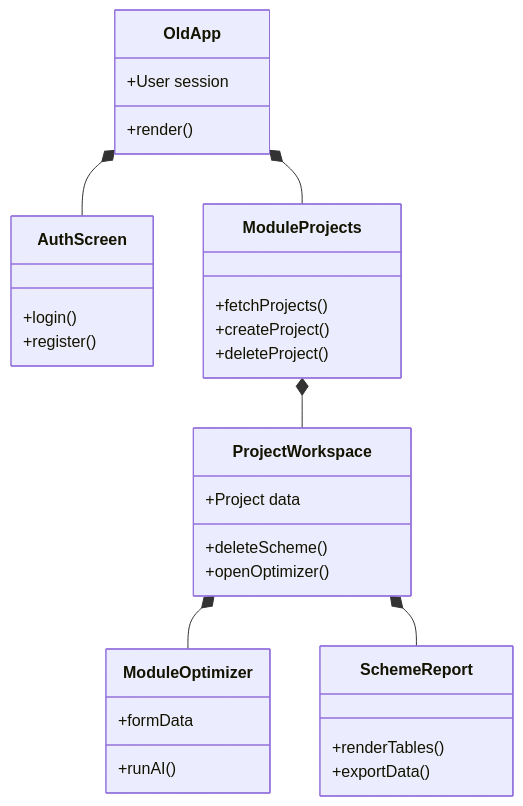
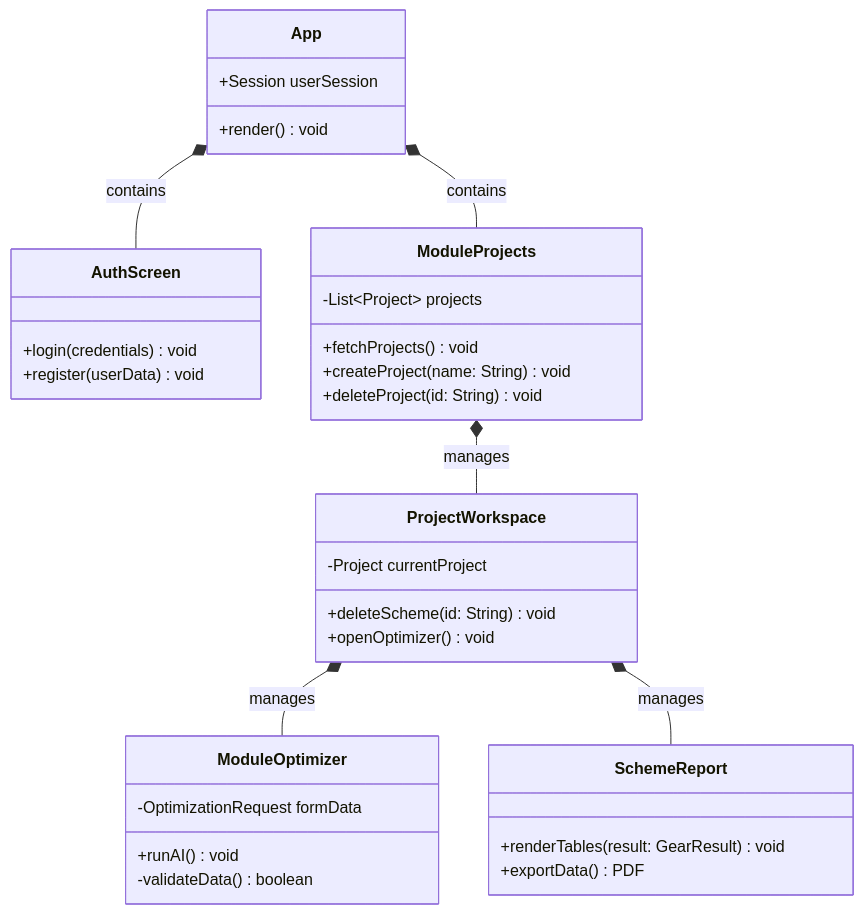
One commit to dvydinh/mechdrive changed the fourth of 6 diagrams in README.md. Above: the diagram before and after it, drawn with Mermaid. The commit also changed other lines of this file and 5 other files, not shown here.

Commit message:
fix uml diagrams based on theoretical guides

````diff
--- a/README.md
+++ b/README.md
@@ -138,35 +183,42 @@
 ```mermaid
 classDiagram
-    class OldApp {
-        +User session
-        +render()
+    class App {
+        +Session userSession
+        +render() void
     }
+    
     class AuthScreen {
-        +login()
-        +register()
+        +login(credentials) void
+        +register(userData) void
     }
+    
     class ModuleProjects {
-        +fetchProjects()
-        +createProject()
-        +deleteProject()
+        -List~Project~ projects
+        +fetchProjects() void
+        +createProject(name: String) void
+        +deleteProject(id: String) void
     }
+    
     class ProjectWorkspace {
-        +Project data
-        +deleteScheme()
-        +openOptimizer()
+        -Project currentProject
+        +deleteScheme(id: String) void
+        +openOptimizer() void
     }
+    
     class ModuleOptimizer {
-        +formData
-        +runAI()
+        -OptimizationRequest formData
+        +runAI() void
+        -validateData() boolean
     }
+    
     class SchemeReport {
-        +renderTables()
-        +exportData()
+        +renderTables(result: GearResult) void
+        +exportData() PDF
     }
 
-    OldApp *-- AuthScreen
-    OldApp *-- ModuleProjects
-    ModuleProjects *-- ProjectWorkspace
-    ProjectWorkspace *-- ModuleOptimizer
-    ProjectWorkspace *-- SchemeReport
+    App *-- AuthScreen : contains
+    App *-- ModuleProjects : contains
+    ModuleProjects *-- ProjectWorkspace : manages
+    ProjectWorkspace *-- ModuleOptimizer : manages
+    ProjectWorkspace *-- SchemeReport : manages
 ```
````
